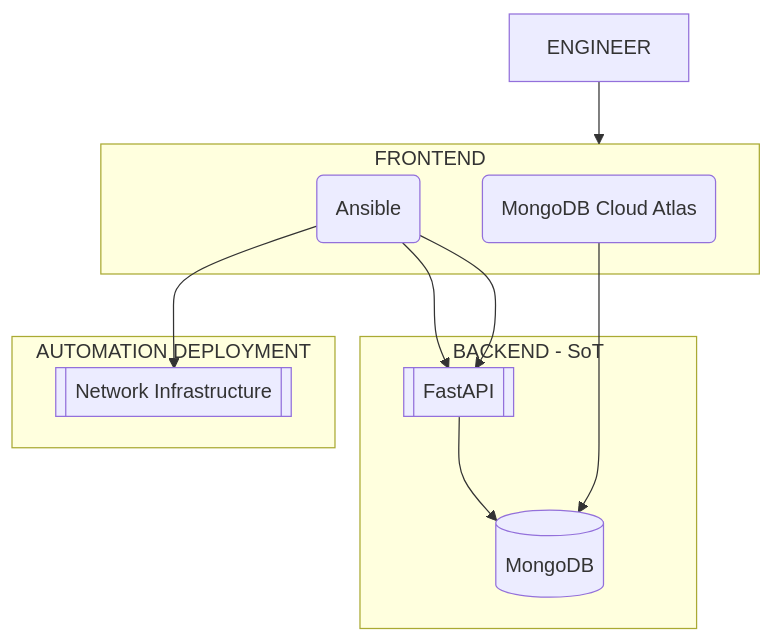
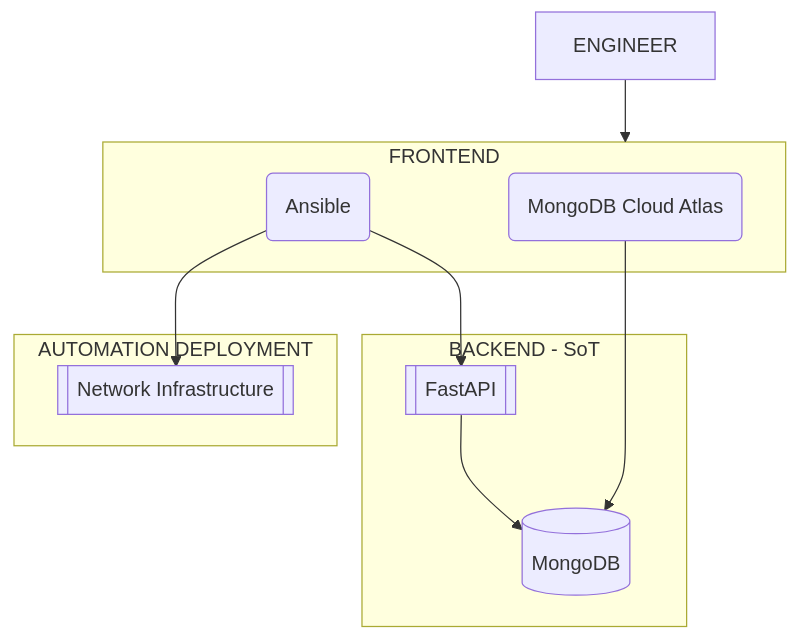
One commit to jnaranjom/iac_network_deployment changed the diagram in diagrams/automation_framework.md. Above: the diagram before and after it, drawn with Mermaid.

````diff
--- a/diagrams/automation_framework.md
+++ b/diagrams/automation_framework.md
@@ -1,21 +1,20 @@
 ```mermaid
 flowchart TB
     A[(MongoDB)]
     B[[FastAPI]]
     C(MongoDB Cloud Atlas)
     D(Ansible)
     E[[Network Infrastructure]]
     F[ENGINEER]
     subgraph BACKEND - SoT
         B --> A
     end
     subgraph FRONTEND
         C --> A
         D --> B
     end
     F --> FRONTEND
     subgraph AUTOMATION DEPLOYMENT
-        D --> B
         D --> E
     end
 ```
````
